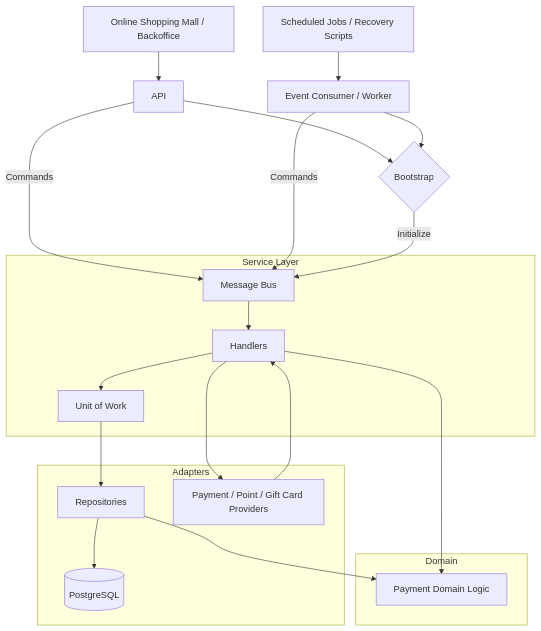
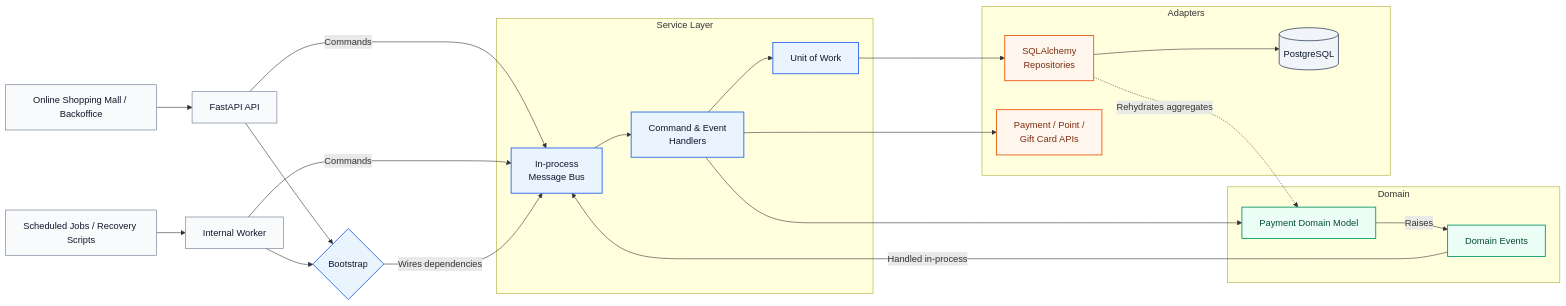
Before and after one commit to labcows/labcows: the diagram in Automata.md, drawn with Mermaid. The commit also changed other lines of this file, not shown here.

Commit message:
Diagram trial

````diff
--- a/Automata.md
+++ b/Automata.md
@@ -67,33 +67,47 @@
 ```mermaid
-flowchart TB
-  Client["Online Shopping Mall / Backoffice"] --> API["API"]
-  Recovery["Scheduled Jobs / Recovery Scripts"] --> Worker["Event Consumer / Worker"]
+flowchart LR
+  Client["Online Shopping Mall / Backoffice"] --> API["FastAPI API"]
+  Jobs["Scheduled Jobs / Recovery Scripts"] --> Worker["Internal Worker"]
 
   API --> Bootstrap{"Bootstrap"}
   Worker --> Bootstrap
-  API -- Commands --> Bus["Message Bus"]
+  API -- Commands --> Bus["In-process<br/>Message Bus"]
   Worker -- Commands --> Bus
-  Bootstrap -- Initialize --> Bus
+  Bootstrap -- Wires dependencies --> Bus
 
   subgraph ServiceLayer["Service Layer"]
-    Bus --> Handlers["Handlers"]
+    Bus --> Handlers["Command & Event<br/>Handlers"]
     Handlers --> UoW["Unit of Work"]
   end
 
   subgraph DomainLayer["Domain"]
-    Domain["Payment Domain Logic"]
+    Domain["Payment Domain Model"]
+    Events["Domain Events"]
+    Domain -- Raises --> Events
   end
 
   subgraph Adapters["Adapters"]
-    Repo["Repositories"]
+    Repo["SQLAlchemy<br/>Repositories"]
     DB[("PostgreSQL")]
-    Providers["Payment / Point / Gift Card Providers"]
+    Providers["Payment / Point /<br/>Gift Card APIs"]
   end
 
   Handlers --> Domain
+  Events -- Handled in-process --> Bus
   UoW --> Repo
   Repo --> DB
-  Repo --> Domain
+  Repo -. Rehydrates aggregates .-> Domain
   Handlers --> Providers
-  Providers --> Handlers
+
+  classDef entry fill:#F8FAFC,stroke:#64748B,stroke-width:1px,color:#0F172A;
+  classDef core fill:#EAF4FF,stroke:#2563EB,stroke-width:1.5px,color:#0F172A;
+  classDef domain fill:#ECFDF5,stroke:#059669,stroke-width:1.5px,color:#064E3B;
+  classDef adapter fill:#FFF7ED,stroke:#EA580C,stroke-width:1.5px,color:#7C2D12;
+  classDef data fill:#F1F5F9,stroke:#475569,stroke-width:1.5px,color:#0F172A;
+
+  class Client,Jobs,API,Worker entry;
+  class Bootstrap,Bus,Handlers,UoW core;
+  class Domain,Events domain;
+  class Repo,Providers adapter;
+  class DB data;
 ```
````
